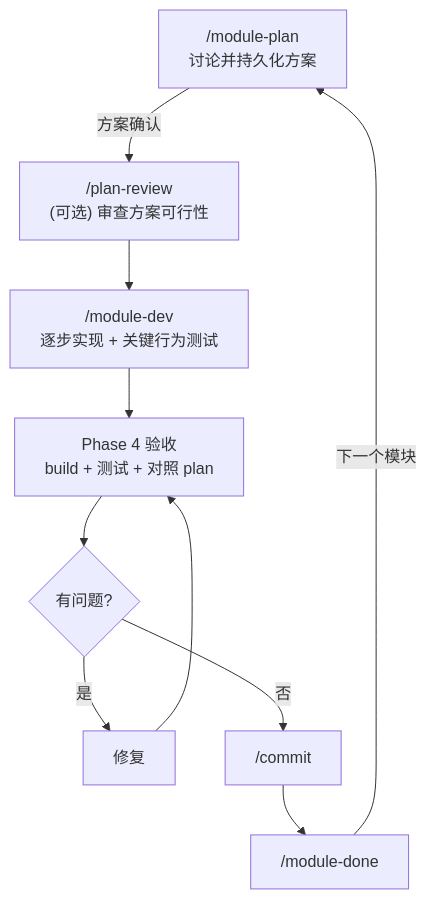
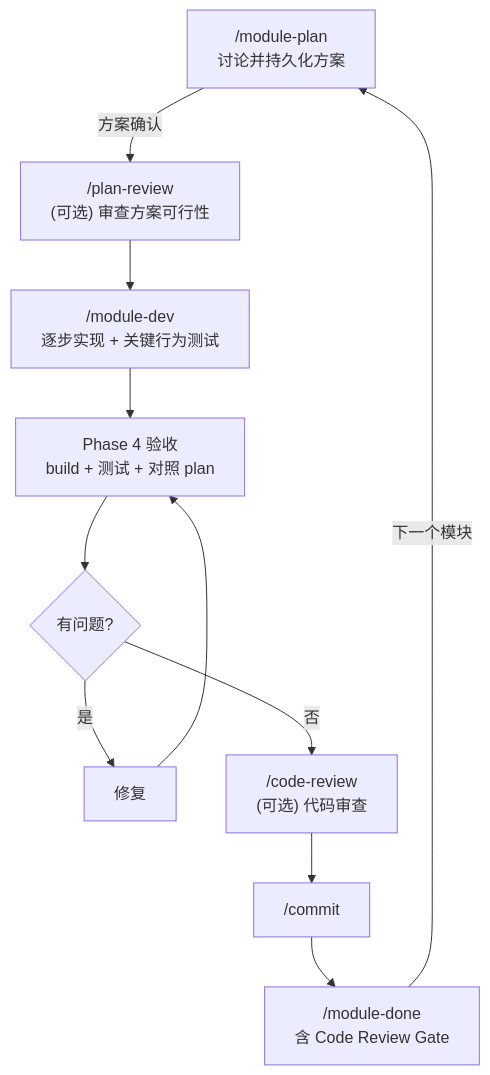
One commit to shrekshrek/claude-agent-manual changed the third of 4 diagrams in WORKFLOW.md. Above: the diagram before and after it, drawn with Mermaid. The commit also changed other lines of this file and 2 other files, not shown here.

First line of the commit message:
feat: add Code Review Gate to /module-done

````diff
--- a/WORKFLOW.md
+++ b/WORKFLOW.md
@@ -292,11 +294,12 @@
 ```mermaid
 flowchart TD
     A["/module-plan\n讨论并持久化方案"] -->|"方案确认"| PR["/plan-review\n(可选) 审查方案可行性"]
     PR --> Dev["/module-dev\n逐步实现 + 关键行为测试"]
     Dev --> Verify["Phase 4 验收\nbuild + 测试 + 对照 plan"]
     Verify --> Fix{"有问题?"}
     Fix -->|"是"| FixIt["修复"] --> Verify
-    Fix -->|"否"| Commit["/commit"]
-    Commit --> Update["/module-done"]
+    Fix -->|"否"| CR["/code-review\n(可选) 代码审查"]
+    CR --> Commit["/commit"]
+    Commit --> Update["/module-done\n含 Code Review Gate"]
     Update -->|"下一个模块"| A
 ```
````
